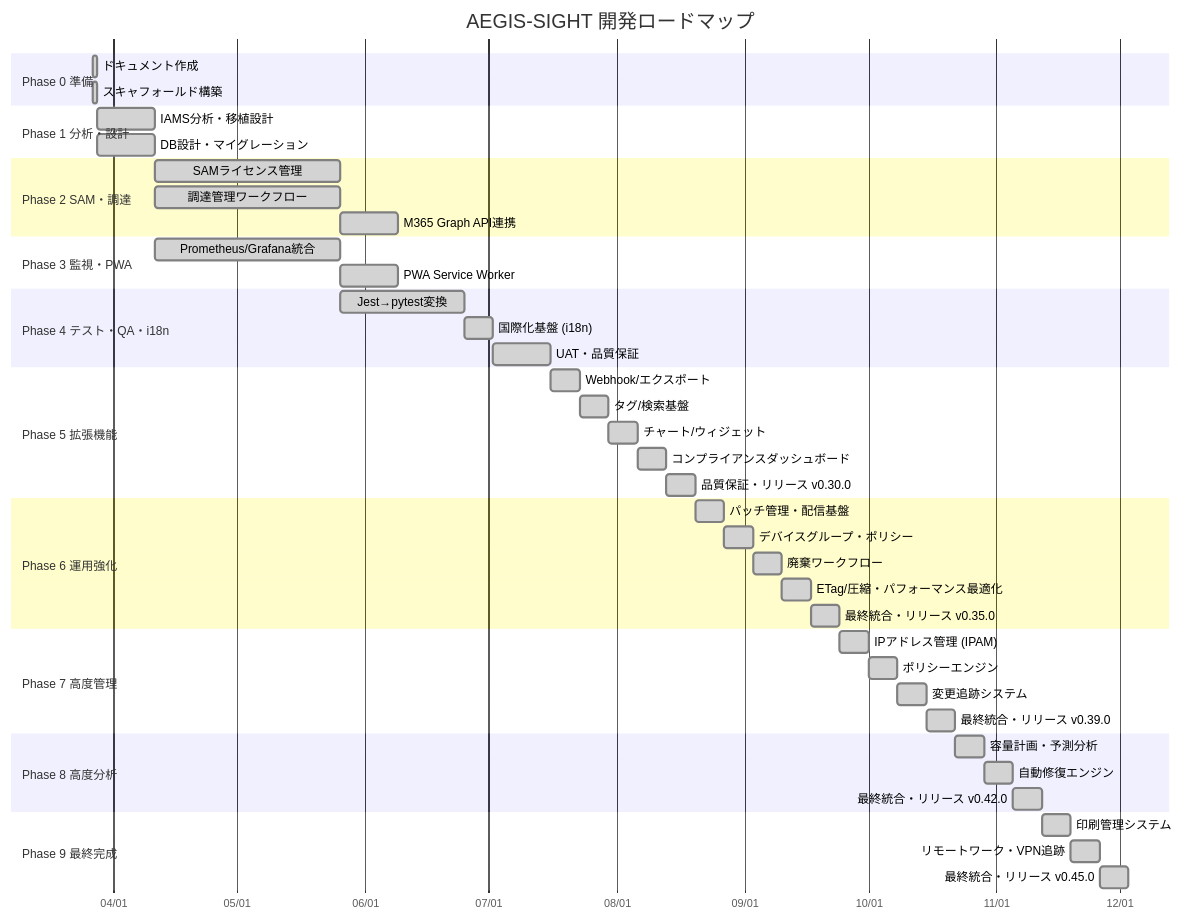
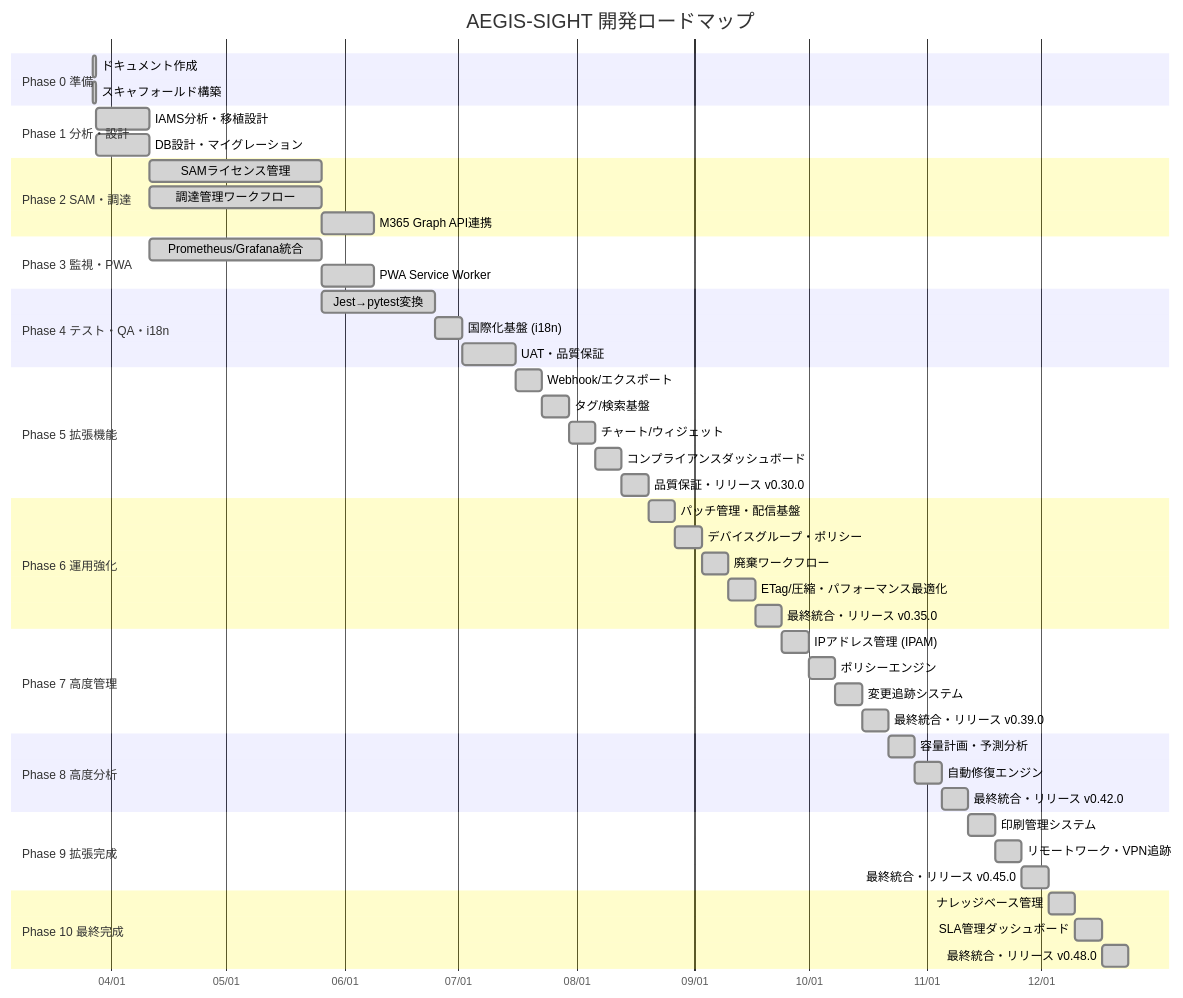
Before and after one commit to Kensan196948G/AEGIS-SIGHT: the second of 3 diagrams in README.md, drawn with Mermaid. The commit also changed other lines of this file and 3 other files, not shown here.

````diff
--- a/README.md
+++ b/README.md
@@ -269,58 +271,63 @@
 ```mermaid
 gantt
     title AEGIS-SIGHT 開発ロードマップ
     dateFormat  YYYY-MM-DD
     axisFormat  %m/%d
 
     section Phase 0 準備
     ドキュメント作成           :done, p0a, 2026-03-27, 1d
     スキャフォールド構築       :done, p0b, 2026-03-27, 1d
 
     section Phase 1 分析・設計
     IAMS分析・移植設計         :done, p1a, 2026-03-28, 14d
     DB設計・マイグレーション   :done, p1b, 2026-03-28, 14d
 
     section Phase 2 SAM・調達
     SAMライセンス管理          :done, p2a, after p1a, 45d
     調達管理ワークフロー       :done, p2b, after p1a, 45d
     M365 Graph API連携         :done, p2c, after p2a, 14d
 
     section Phase 3 監視・PWA
     Prometheus/Grafana統合      :done, p3a, after p1a, 45d
     PWA Service Worker          :done, p3b, after p3a, 14d
 
     section Phase 4 テスト・QA・i18n
     Jest→pytest変換            :done, p4a, after p2a, 30d
     国際化基盤 (i18n)           :done, p4c, after p4a, 7d
     UAT・品質保証              :done, p4b, after p4c, 14d
 
     section Phase 5 拡張機能
     Webhook/エクスポート        :done, p5a, after p4b, 7d
     タグ/検索基盤               :done, p5b, after p5a, 7d
     チャート/ウィジェット       :done, p5c, after p5b, 7d
     コンプライアンスダッシュボード :done, p5d, after p5c, 7d
     品質保証・リリース v0.30.0  :done, p5e, after p5d, 7d
 
     section Phase 6 運用強化
     パッチ管理・配信基盤        :done, p6a, after p5e, 7d
     デバイスグループ・ポリシー  :done, p6b, after p6a, 7d
     廃棄ワークフロー            :done, p6c, after p6b, 7d
     ETag/圧縮・パフォーマンス最適化 :done, p6d, after p6c, 7d
     最終統合・リリース v0.35.0  :done, p6e, after p6d, 7d
 
     section Phase 7 高度管理
     IPアドレス管理 (IPAM)        :done, p7a, after p6e, 7d
     ポリシーエンジン              :done, p7b, after p7a, 7d
     変更追跡システム              :done, p7c, after p7b, 7d
     最終統合・リリース v0.39.0    :done, p7d, after p7c, 7d
 
     section Phase 8 高度分析
     容量計画・予測分析            :done, p8a, after p7d, 7d
     自動修復エンジン              :done, p8b, after p8a, 7d
     最終統合・リリース v0.42.0    :done, p8c, after p8b, 7d
 
-    section Phase 9 最終完成
+    section Phase 9 拡張完成
     印刷管理システム              :done, p9a, after p8c, 7d
     リモートワーク・VPN追跡       :done, p9b, after p9a, 7d
     最終統合・リリース v0.45.0    :done, p9c, after p9b, 7d
+
+    section Phase 10 最終完成
+    ナレッジベース管理              :done, p10a, after p9c, 7d
+    SLA管理ダッシュボード           :done, p10b, after p10a, 7d
+    最終統合・リリース v0.48.0      :done, p10c, after p10b, 7d
 ```
````
